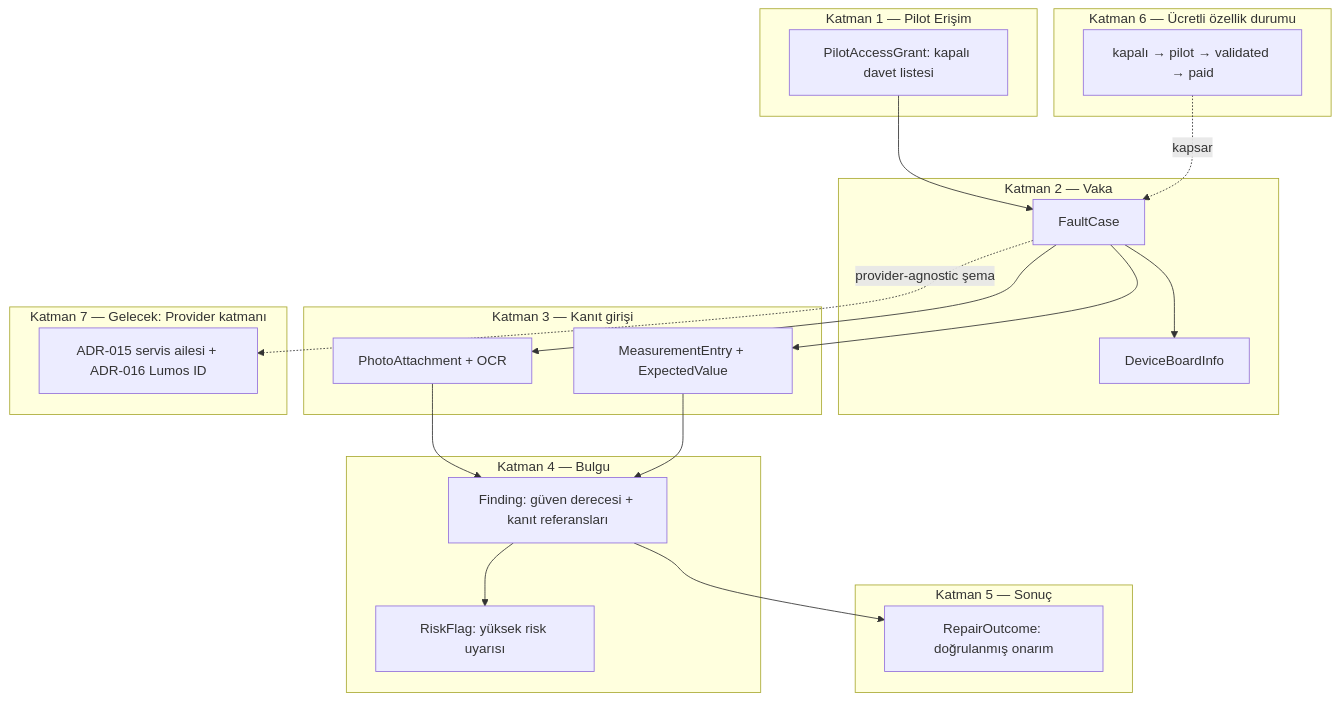
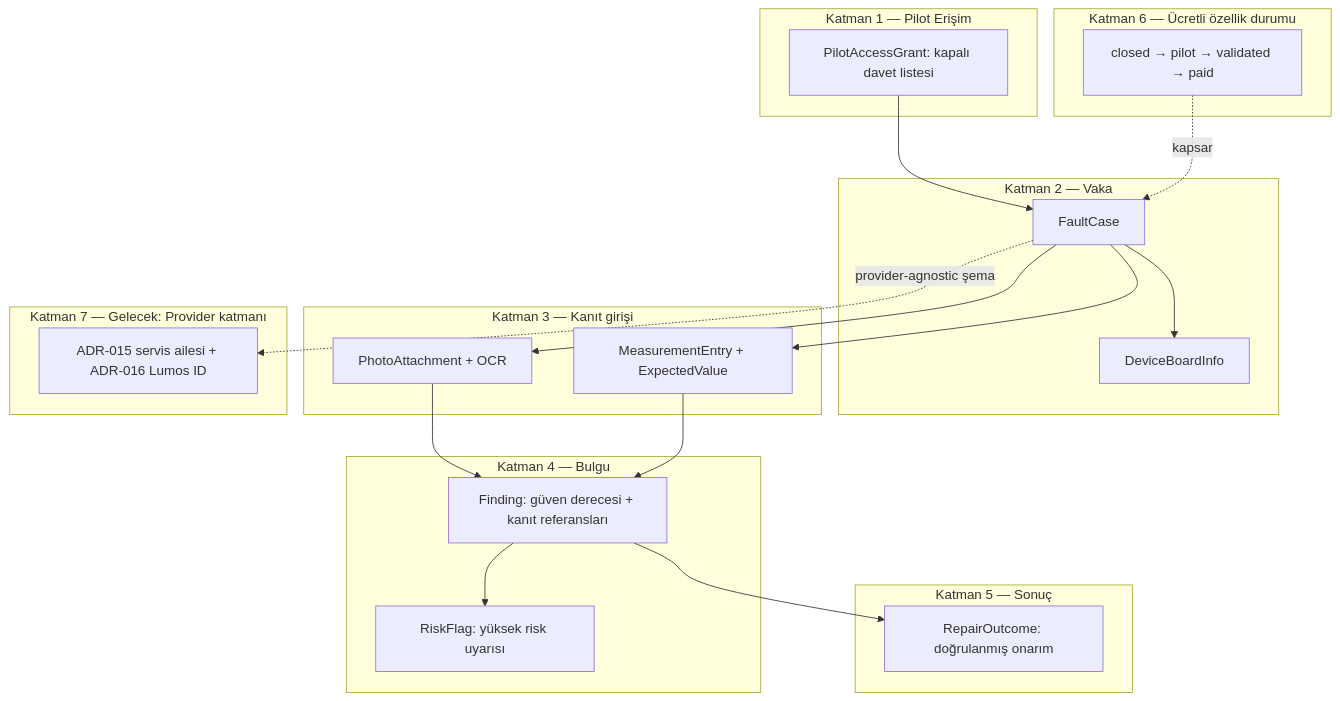
The diagram in docs/analysis/electronics-expert-pilot-design.md (candasoz01-cmd/lumos-core), drawn with Mermaid before and after one commit. The commit also changed other lines of this file and 9 other files, not shown here.

````diff
--- a/docs/analysis/electronics-expert-pilot-design.md
+++ b/docs/analysis/electronics-expert-pilot-design.md
@@ -44,37 +44,37 @@
 ```mermaid
 flowchart TB
   subgraph L1["Katman 1 — Pilot Erişim"]
     A[PilotAccessGrant: kapalı davet listesi]
   end
   subgraph L2["Katman 2 — Vaka"]
     B[FaultCase]
     C[DeviceBoardInfo]
   end
   subgraph L3["Katman 3 — Kanıt girişi"]
     D[PhotoAttachment + OCR]
     E[MeasurementEntry + ExpectedValue]
   end
   subgraph L4["Katman 4 — Bulgu"]
     F[Finding: güven derecesi + kanıt referansları]
     G[RiskFlag: yüksek risk uyarısı]
   end
   subgraph L5["Katman 5 — Sonuç"]
     H[RepairOutcome: doğrulanmış onarım]
   end
   subgraph L6["Katman 6 — Ücretli özellik durumu"]
-    I["kapalı → pilot → validated → paid"]
+    I["closed → pilot → validated → paid"]
   end
   subgraph L7["Katman 7 — Gelecek: Provider katmanı"]
     J[ADR-015 servis ailesi + ADR-016 Lumos ID]
   end
   A --> B
   B --> C
   B --> D
   B --> E
   D --> F
   E --> F
   F --> G
   F --> H
   I -.kapsar.-> B
   B -.provider-agnostic şema.-> J
 ```
````
